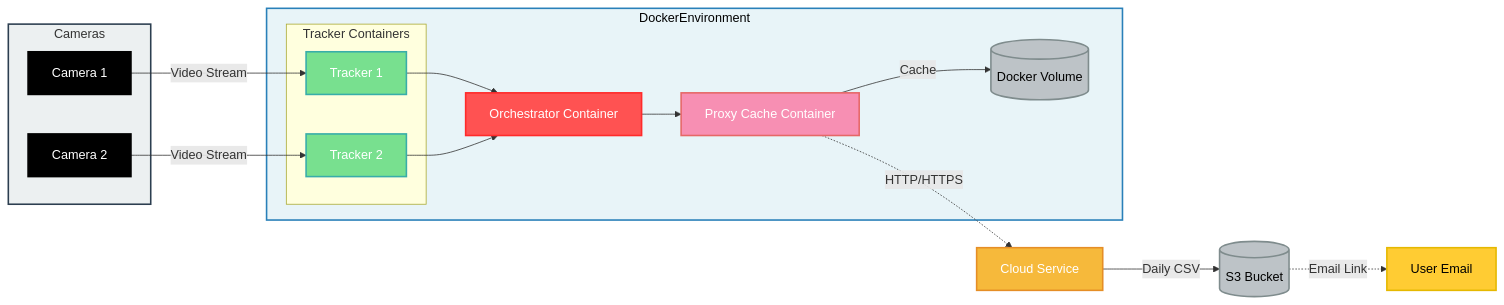
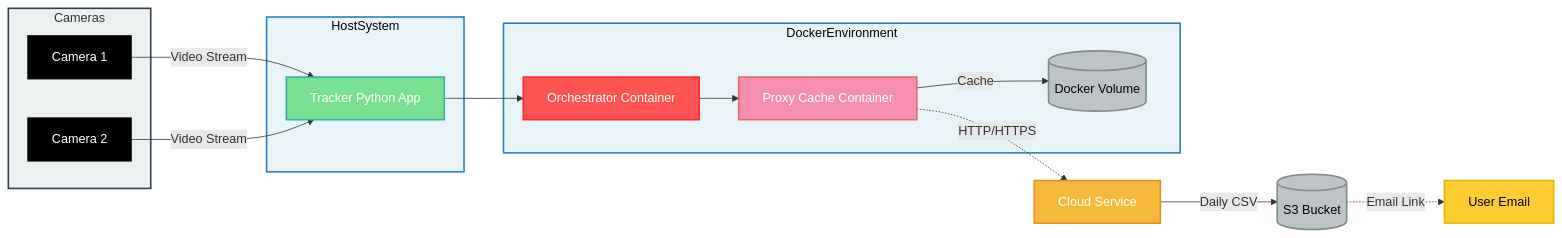
Before and after one commit to oa-device/Dullahan: the diagram in docs/WORKFLOW.md, drawn with Mermaid. The commit also changed other lines of this file and 2 other files, not shown here.

Commit message:
Updates after working on some oaTracker improvement

````diff
--- a/docs/WORKFLOW.md
+++ b/docs/WORKFLOW.md
@@ -69,50 +72,50 @@
 ```mermaid
 graph LR
     subgraph Cameras
         C1[Camera 1]
         C2[Camera 2]
     end
 
+    subgraph HostSystem
+        T[Tracker Python App]
+    end
+
     subgraph DockerEnvironment
-        subgraph "Tracker Containers"
-            T1[Tracker 1]
-            T2[Tracker 2]
-        end
         O[Orchestrator Container]
         PC[Proxy Cache Container]
         V[(Docker Volume)]
     end
 
     Cloud[Cloud Service]
     S3[(S3 Bucket)]
     User[User Email]
 
-    C1 -->|Video Stream| T1
-    C2 -->|Video Stream| T2
-    T1 --> O
-    T2 --> O
+    C1 -->|Video Stream| T
+    C2 -->|Video Stream| T
+    T --> O
     O --> PC
     PC -->|Cache| V
     PC -.->|HTTP/HTTPS| Cloud
     Cloud -->|Daily CSV| S3
     S3 -.->|Email Link| User
 
     classDef camera fill:#000000,stroke:#000000,stroke-width:2px,color:#ffffff;
     classDef tracker fill:#78e08f,stroke:#38ada9,stroke-width:2px,color:#ffffff;
     classDef orchestrator fill:#ff5252,stroke:#ff2a2a,stroke-width:2px,color:#ffffff;
     classDef proxy fill:#f78fb3,stroke:#e66767,stroke-width:2px,color:#ffffff;
     classDef storage fill:#bdc3c7,stroke:#7f8c8d,stroke-width:2px,color:#000000;
     classDef cloud fill:#f6b93b,stroke:#e58e26,stroke-width:2px,color:#ffffff;
     classDef user fill:#ffcc33,stroke:#e5b800,stroke-width:2px,color:#000000;
 
     class C1,C2 camera;
-    class T1,T2 tracker;
+    class T tracker;
     class O orchestrator;
     class PC proxy;
     class V,S3 storage;
     class Cloud cloud;
     class User user;
 
     style Cameras fill:#ecf0f1,stroke:#2c3e50,stroke-width:2px;
+    style HostSystem fill:#e8f4f8,stroke:#2980b9,stroke-width:2px,color:#000000;
     style DockerEnvironment fill:#e8f4f8,stroke:#2980b9,stroke-width:2px,color:#000000;
 ```
````
